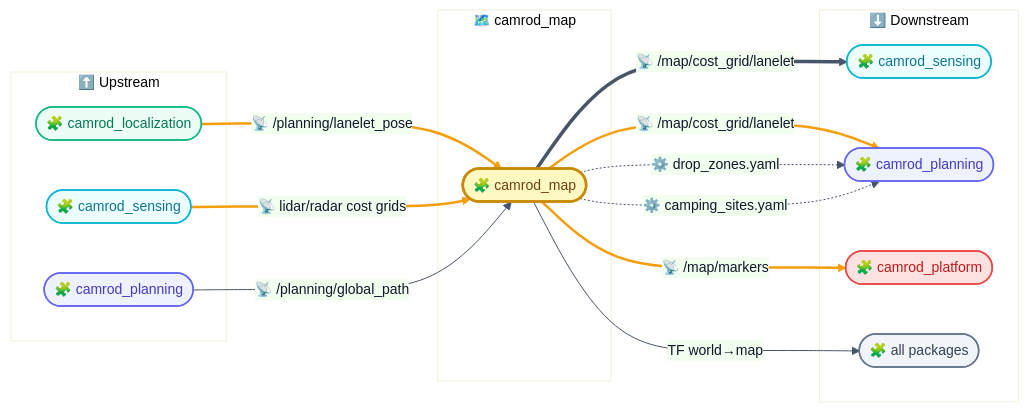
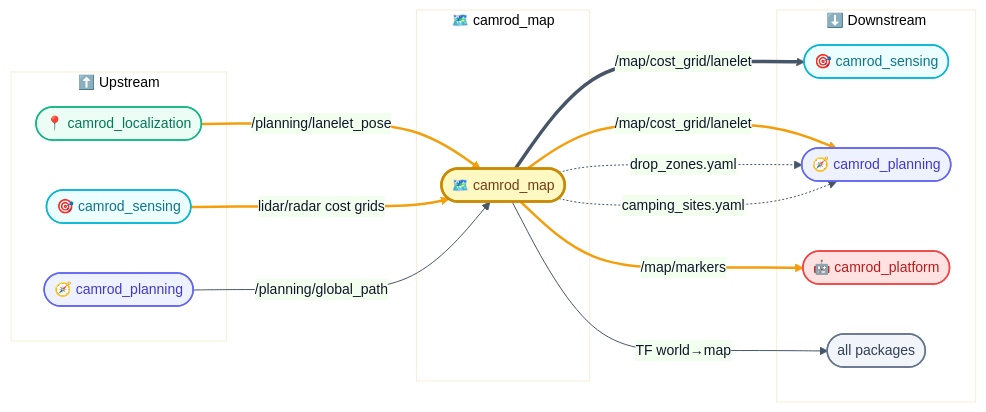
The first of 3 diagrams in camrod_map/README.md (hwanhonglee/CAMROD), drawn with Mermaid before and after one commit. The commit also changed other lines of this file and 11 other files, not shown here.

First line of the commit message:
docs: fix Mermaid syntax errors and reduce emoji overuse in all READMEs

````diff
--- a/camrod_map/README.md
+++ b/camrod_map/README.md
@@ -38,47 +38,47 @@
 ```mermaid
 %%{init: {'theme': 'base', 'themeVariables': {'fontFamily': 'ui-sans-serif, system-ui, sans-serif', 'fontSize': '14px', 'primaryColor': '#EEF2FF', 'primaryTextColor': '#0F172A', 'primaryBorderColor': '#6366F1', 'lineColor': '#475569'}, 'flowchart': {'curve': 'basis', 'htmlLabels': true, 'padding': 12}}}%%
 graph LR
   classDef sensing      fill:#ECFEFF,stroke:#06B6D4,stroke-width:1.5px,color:#0E7490;
   classDef localization fill:#ECFDF5,stroke:#10B981,stroke-width:1.5px,color:#047857;
   classDef mapping      fill:#FEF3C7,stroke:#F59E0B,stroke-width:1.5px,color:#B45309;
   classDef perception   fill:#FCE7F3,stroke:#EC4899,stroke-width:1.5px,color:#9D174D;
   classDef planning     fill:#EEF2FF,stroke:#6366F1,stroke-width:1.5px,color:#4338CA;
   classDef platform     fill:#FEE2E2,stroke:#EF4444,stroke-width:1.5px,color:#B91C1C;
   classDef parking      fill:#F5F3FF,stroke:#8B5CF6,stroke-width:1.5px,color:#6D28D9;
   classDef system       fill:#F1F5F9,stroke:#64748B,stroke-width:1.5px,color:#334155;
   classDef ui           fill:#FFF7ED,stroke:#F97316,stroke-width:1.5px,color:#C2410C;
   classDef topic        fill:#F8FAFC,stroke:#94A3B8,stroke-width:1px,color:#475569,font-style:italic;
   classDef config       fill:#FFFBEB,stroke:#D97706,stroke-width:1.5px,color:#92400E;
   classDef hardware     fill:#FAFAFA,stroke:#6B7280,stroke-width:1.5px,color:#374151;
   classDef highlight    fill:#FEF9C3,stroke:#CA8A04,stroke-width:2.5px,color:#713F12;
 
   subgraph UP["⬆️ Upstream"]
-    LOC([🧩 camrod_localization]):::localization
-    SENS([🧩 camrod_sensing]):::sensing
-    PLAN_IN([🧩 camrod_planning]):::planning
+    LOC([📍 camrod_localization]):::localization
+    SENS([🎯 camrod_sensing]):::sensing
+    PLAN_IN([🧭 camrod_planning]):::planning
   end
 
   subgraph CM["🗺️ camrod_map"]
-    MAP([🧩 camrod_map]):::highlight
+    MAP([🗺️ camrod_map]):::highlight
   end
 
   subgraph DN["⬇️ Downstream"]
-    SENS_OUT([🧩 camrod_sensing]):::sensing
-    PLAN_OUT([🧩 camrod_planning]):::planning
-    PLAT([🧩 camrod_platform]):::platform
-    ALL([🧩 all packages]):::system
+    SENS_OUT([🎯 camrod_sensing]):::sensing
+    PLAN_OUT([🧭 camrod_planning]):::planning
+    PLAT([🤖 camrod_platform]):::platform
+    ALL([all packages]):::system
   end
 
-  LOC  ==>|📡 /planning/lanelet_pose| MAP
-  SENS ==>|📡 lidar/radar cost grids| MAP
-  PLAN_IN -->|📡 /planning/global_path| MAP
+  LOC  ==>|/planning/lanelet_pose| MAP
+  SENS ==>|lidar/radar cost grids| MAP
+  PLAN_IN -->|/planning/global_path| MAP
 
-  MAP ==>|📡 /map/cost_grid/lanelet| SENS_OUT
-  MAP ==>|📡 /map/cost_grid/lanelet| PLAN_OUT
-  MAP -->|📡 /map/markers| PLAT
+  MAP ==>|/map/cost_grid/lanelet| SENS_OUT
+  MAP ==>|/map/cost_grid/lanelet| PLAN_OUT
+  MAP -->|/map/markers| PLAT
   MAP -->|TF world→map| ALL
-  MAP -.->|⚙️ drop_zones.yaml| PLAN_OUT
-  MAP -.->|⚙️ camping_sites.yaml| PLAN_OUT
+  MAP -.->|drop_zones.yaml| PLAN_OUT
+  MAP -.->|camping_sites.yaml| PLAN_OUT
 
   linkStyle 0,1,4,5 stroke:#F59E0B,stroke-width:2.5px;
 ```
````
